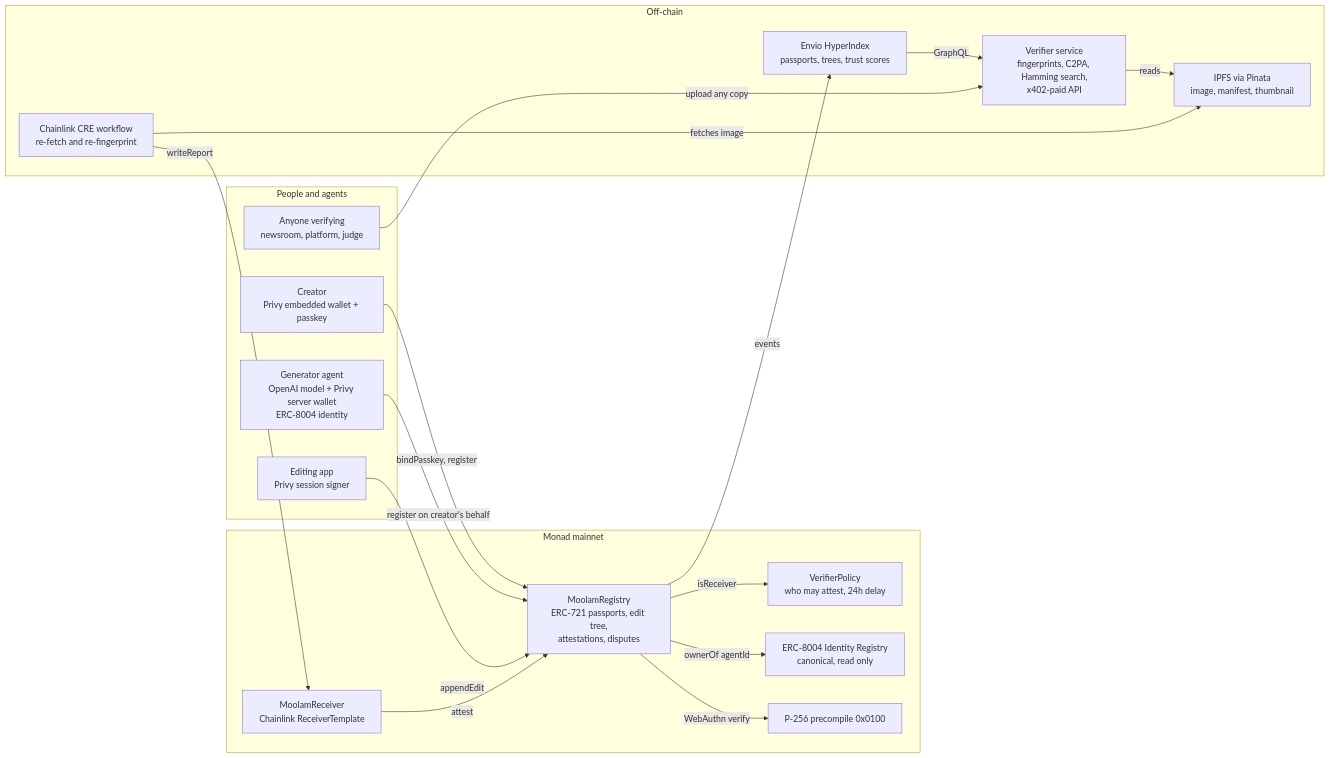
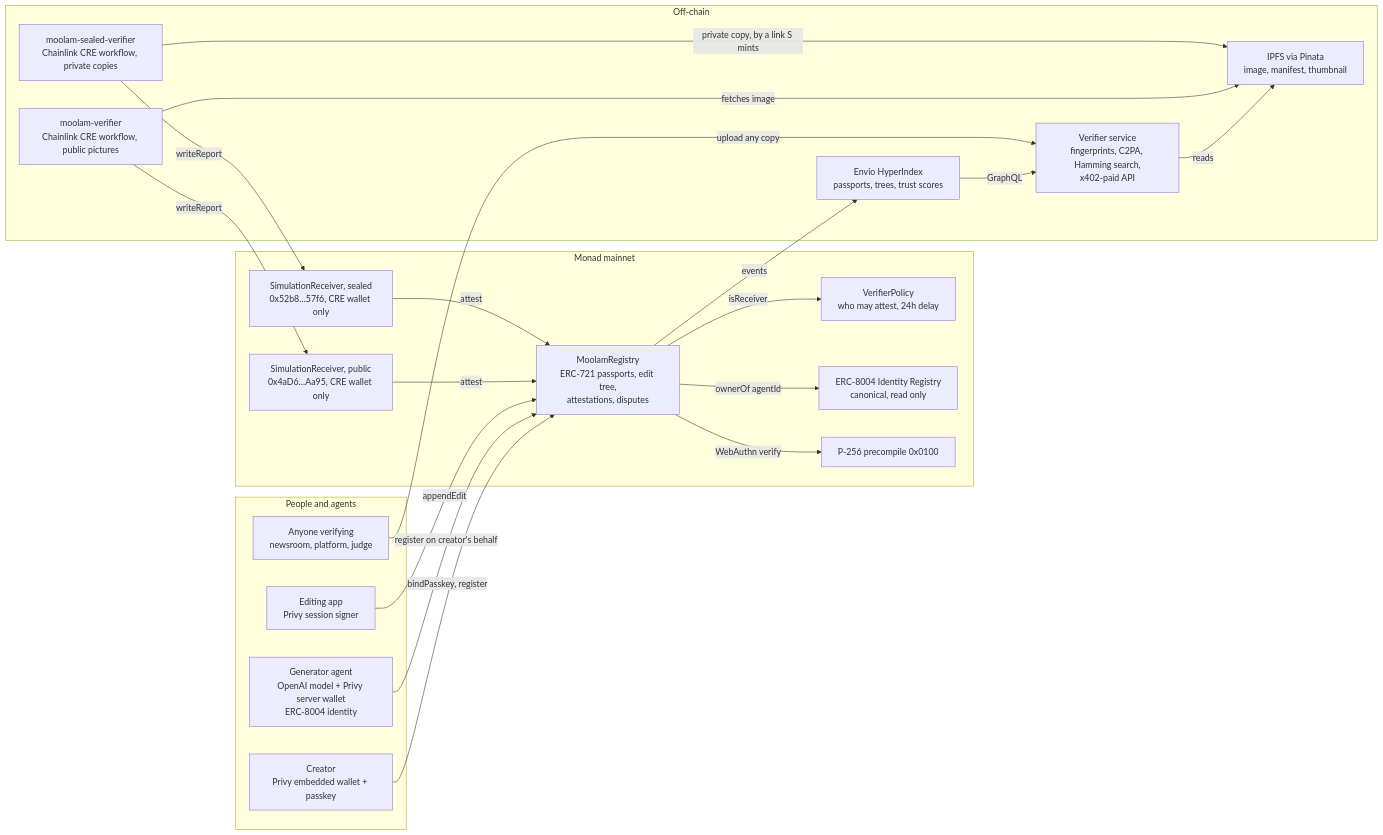
The first of 3 diagrams in README.md (ramakrishnanhulk20/Moolam), drawn with Mermaid before and after one commit. The commit also changed other lines of this file and 14 other files, not shown here.

````diff
--- a/README.md
+++ b/README.md
@@ -306,37 +307,41 @@
 ```mermaid
 flowchart LR
     subgraph People and agents
         C[Creator<br/>Privy embedded wallet + passkey]
         G[Generator agent<br/>OpenAI model + Privy server wallet<br/>ERC-8004 identity]
         E[Editing app<br/>Privy session signer]
         V[Anyone verifying<br/>newsroom, platform, judge]
     end
 
     subgraph Monad mainnet
         R[MoolamRegistry<br/>ERC-721 passports, edit tree,<br/>attestations, disputes]
         P[VerifierPolicy<br/>who may attest, 24h delay]
-        RC[MoolamReceiver<br/>Chainlink ReceiverTemplate]
+        RC[SimulationReceiver, public<br/>0x4aD6…Aa95, CRE wallet only]
+        RS[SimulationReceiver, sealed<br/>0x52b8…57f6, CRE wallet only]
         I8[ERC-8004 Identity Registry<br/>canonical, read only]
         PC[P-256 precompile 0x0100]
     end
 
     subgraph Off-chain
         S[Verifier service<br/>fingerprints, C2PA, Hamming search,<br/>x402-paid API]
         X[Envio HyperIndex<br/>passports, trees, trust scores]
-        W[Chainlink CRE workflow<br/>re-fetch and re-fingerprint]
+        W[moolam-verifier<br/>Chainlink CRE workflow, public pictures]
+        WS[moolam-sealed-verifier<br/>Chainlink CRE workflow, private copies]
         F[IPFS via Pinata<br/>image, manifest, thumbnail]
     end
 
     C -- bindPasskey, register --> R
     G -- register on creator's behalf --> R
     E -- appendEdit --> R
     R -- WebAuthn verify --> PC
     R -- ownerOf agentId --> I8
     R -- isReceiver --> P
     W -- writeReport --> RC -- attest --> R
+    WS -- writeReport --> RS -- attest --> R
     R -- events --> X
     X -- GraphQL --> S
     S -- reads --> F
     W -- fetches image --> F
+    WS -- private copy, by a link S mints --> F
     V -- upload any copy --> S
 ```
````
